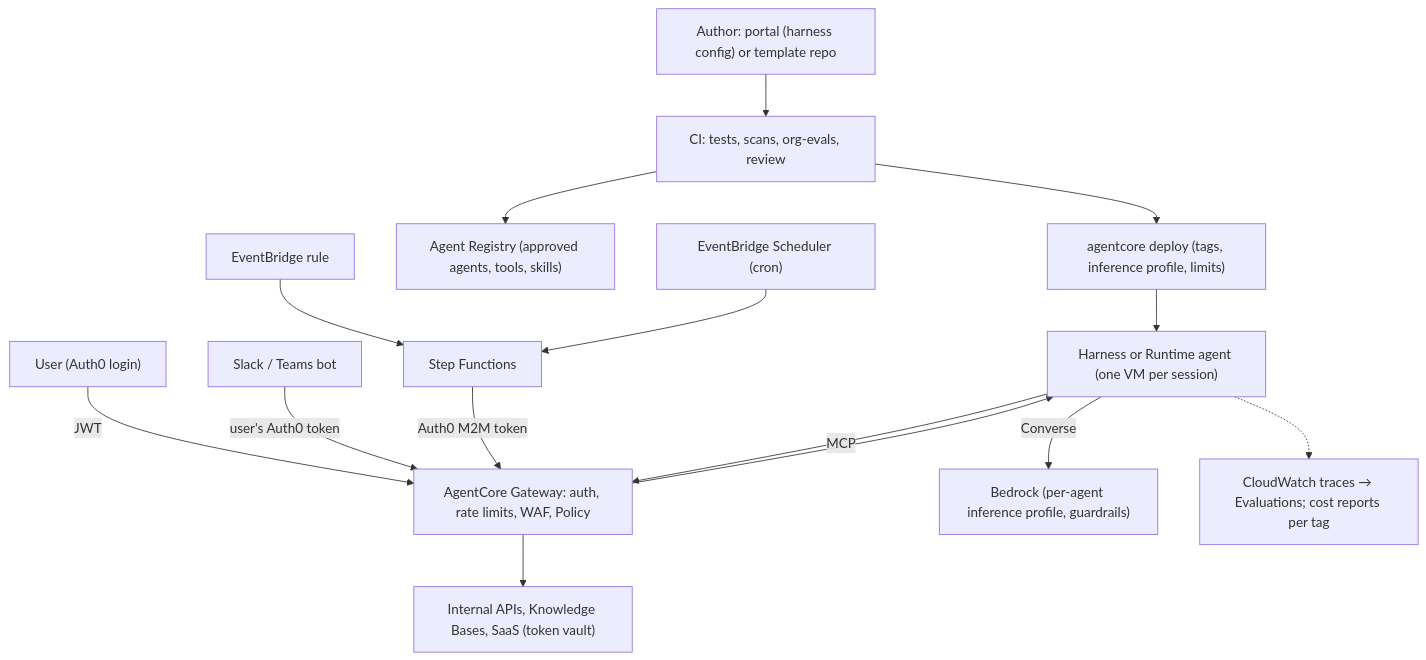
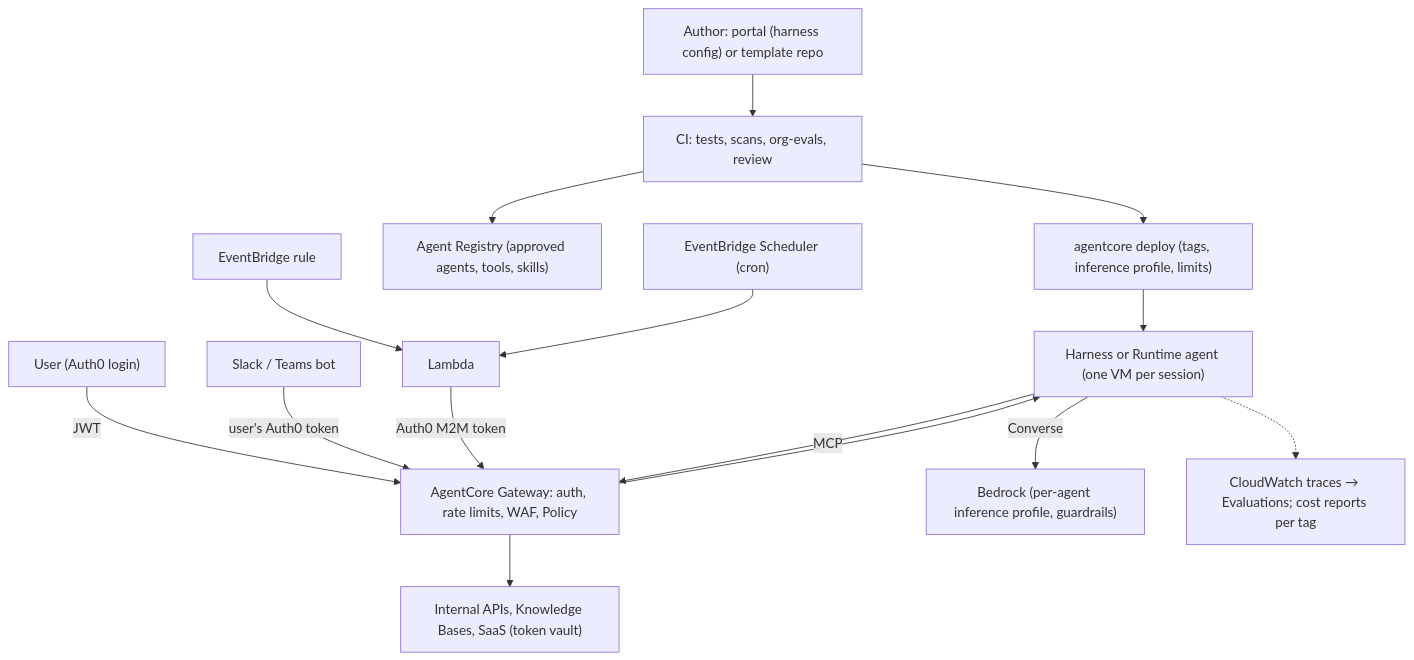
The third of 4 diagrams in AGENTCORE_BEDROCK_LANDSCAPE.md (e6qu/hairballs), drawn with Mermaid before and after one commit. The commit also changed other lines of this file, not shown here.

First line of the commit message:
Explain the agentcore CLI, the generated app, conversations and caching; drop Step Functions

````diff
--- a/AGENTCORE_BEDROCK_LANDSCAPE.md
+++ b/AGENTCORE_BEDROCK_LANDSCAPE.md
@@ -493,17 +645,17 @@
 ```mermaid
 flowchart TB
   AUTH["Author: portal (harness config) or template repo"] --> CI["CI: tests, scans, org-evals, review"]
   CI --> DEP["agentcore deploy (tags, inference profile, limits)"]
   CI --> REG["Agent Registry (approved agents, tools, skills)"]
   USER["User (Auth0 login)"] -->|"JWT"| GW
   CHAT["Slack / Teams bot"] -->|"user's Auth0 token"| GW
-  EVT["EventBridge rule"] --> SF["Step Functions"]
+  EVT["EventBridge rule"] --> SF["Lambda"]
   CRON["EventBridge Scheduler (cron)"] --> SF
   SF -->|"Auth0 M2M token"| GW
   GW["AgentCore Gateway: auth, rate limits, WAF, Policy"] --> RT["Harness or Runtime agent (one VM per session)"]
   DEP --> RT
   RT -->|"Converse"| BR["Bedrock (per-agent inference profile, guardrails)"]
   RT -->|"MCP"| GW
   GW --> TOOLS["Internal APIs, Knowledge Bases, SaaS (token vault)"]
   RT -.-> OBS["CloudWatch traces → Evaluations; cost reports per tag"]
 ```
````
